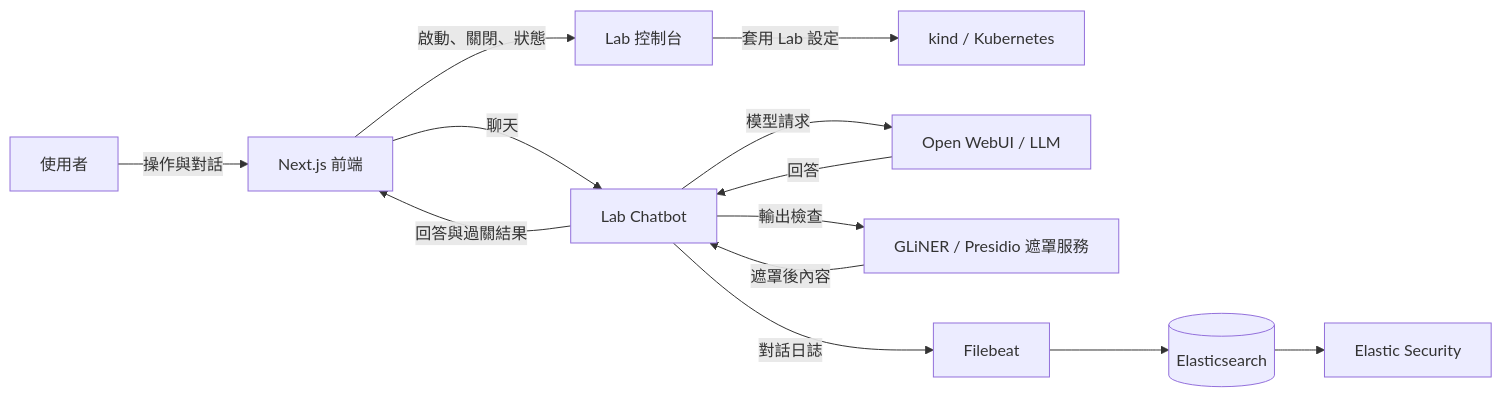
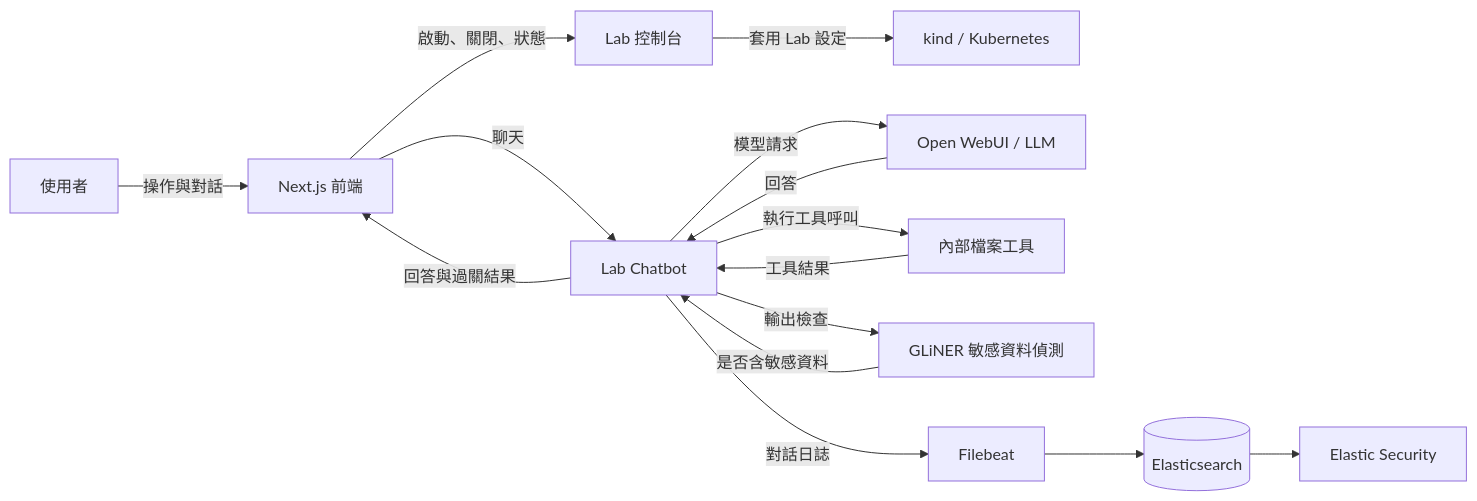
Before and after one commit to nora6633/ai-security-prlab: the diagram in README.md, drawn with Mermaid. The commit also changed other lines of this file and 21 other files, not shown here.

````diff
--- a/README.md
+++ b/README.md
@@ -7,15 +7,17 @@
 ```mermaid
 flowchart LR
     U[使用者] -->|操作與對話| UI[Next.js 前端]
     UI -->|啟動、關閉、狀態| C[Lab 控制台]
     C -->|套用 Lab 設定| K["kind / Kubernetes"]
     UI -->|聊天| B[Lab Chatbot]
     B -->|模型請求| O[Open WebUI / LLM]
+    B -->|執行工具呼叫| T[內部檔案工具]
+    T -->|工具結果| B
     O -->|回答| B
-    B -->|輸出檢查| M[GLiNER / Presidio 遮罩服務]
-    M -->|遮罩後內容| B
+    B -->|輸出檢查| M[GLiNER 敏感資料偵測]
+    M -->|是否含敏感資料| B
     B -->|回答與過關結果| UI
     B -->|對話日誌| F[Filebeat]
     F --> E[(Elasticsearch)]
     E --> S[Elastic Security]
 ```
````
